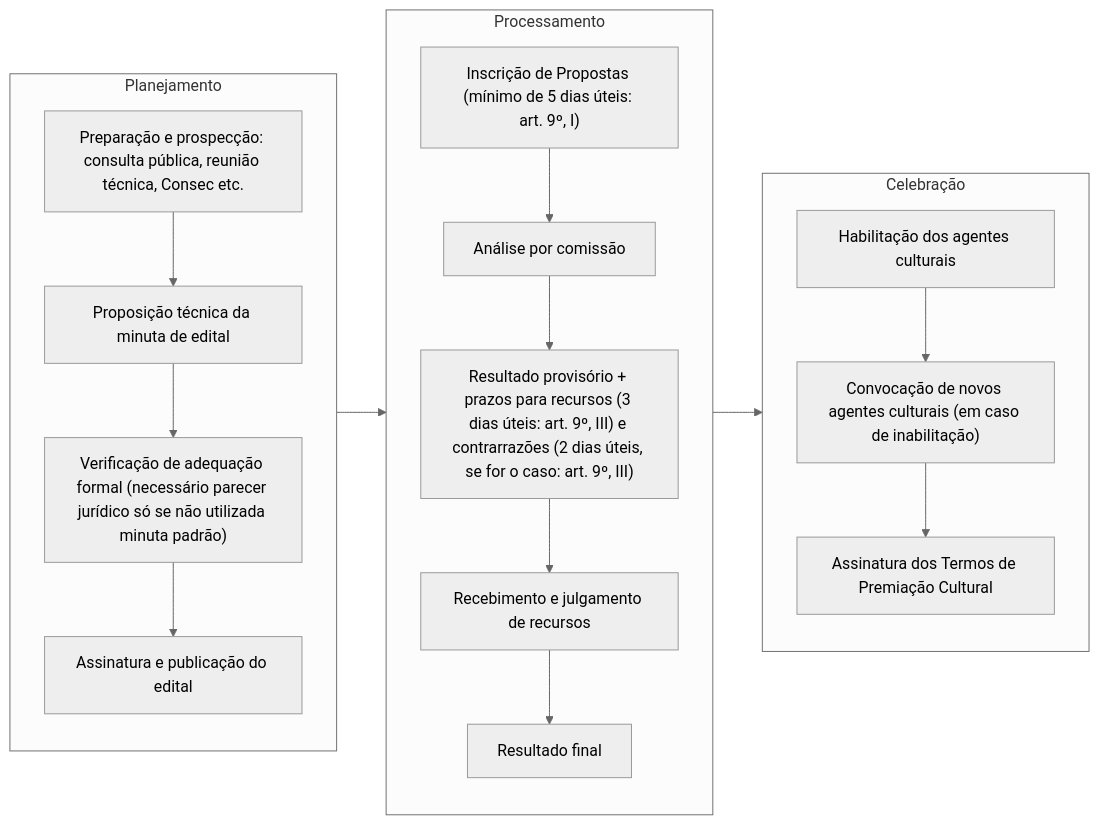
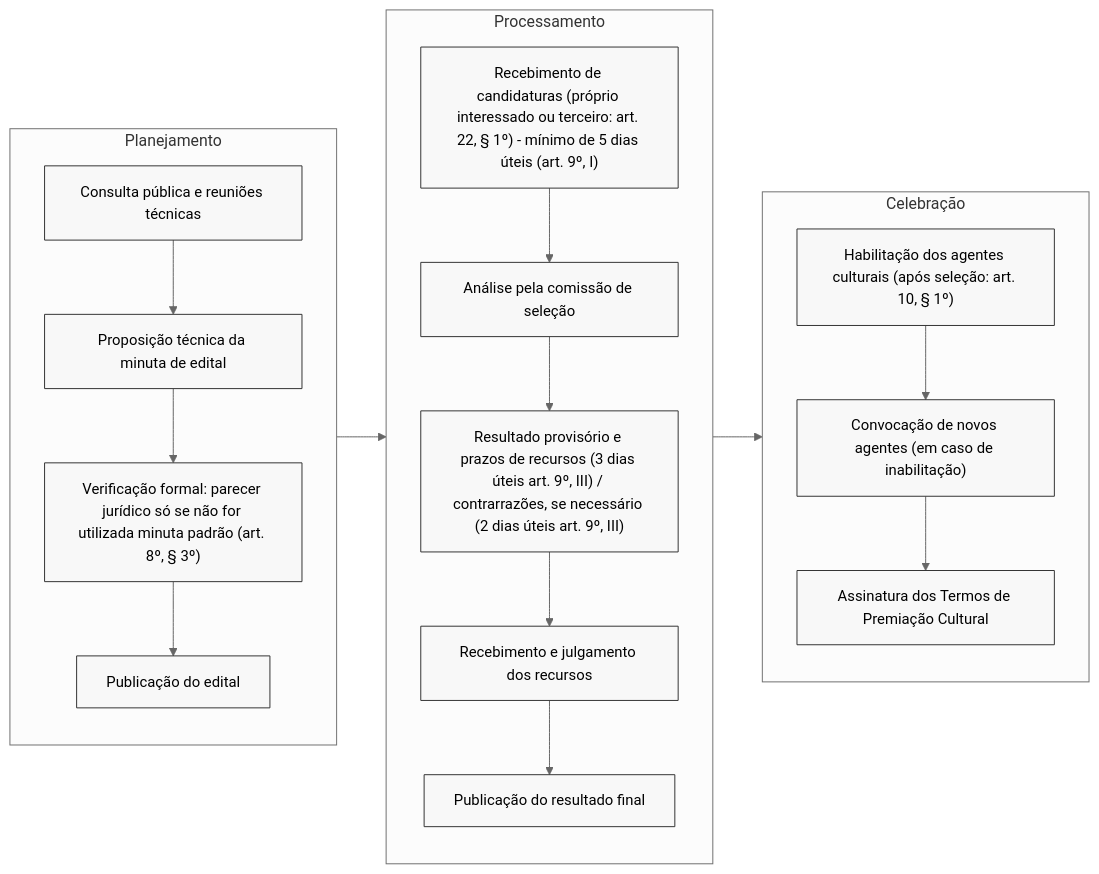
The first of 3 diagrams in docs/parcerias/marco-do-fomento/termo-de-premiacao-cultural.md (iepha-mg/manual.appi), drawn with Mermaid (neutral theme) before and after one commit. The commit also changed other lines of this file, not shown here.

````diff
--- a/docs/parcerias/marco-do-fomento/termo-de-premiacao-cultural.md
+++ b/docs/parcerias/marco-do-fomento/termo-de-premiacao-cultural.md
@@ -56,20 +87,32 @@
-<div class="mermaid">
-flowchart LR
-    subgraph Planejamento
-        A1["Preparação e prospecção: consulta pública, reunião técnica, Consec etc."] --> A2["Proposição técnica da minuta de edital"]
-        A2 --> A3["Verificação de adequação formal (necessário parecer jurídico só se não utilizada minuta padrão)"]
-        A3 --> A4["Assinatura e publicação do edital"]
-    end
-    subgraph Processamento
-        B1["Inscrição de Propostas (mínimo de 5 dias úteis: art. 9º, I)"] --> B2["Análise por comissão"]
-        B2 --> B3["Resultado provisório + prazos para recursos (3 dias úteis: art. 9º, III) e contrarrazões (2 dias úteis, se for o caso: art. 9º, III)"]
-        B3 --> B4["Recebimento e julgamento de recursos"]
-        B4 --> B5["Resultado final"]
-    end
-    subgraph Celebração
-        C1["Habilitação dos agentes culturais"] --> C2["Convocação de novos agentes culturais (em caso de inabilitação)"]
-        C2 --> C3["Assinatura dos Termos de Premiação Cultural"]
-    end
-    Planejamento --> Processamento
-    Processamento --> Celebração
-</div>
+    ```mermaid
+        %%{init: { 'flowchart': { 'htmlLabels': true }, 'maxTextSize': 90000 }}%%
+            flowchart LR
+                subgraph Planejamento
+                    A1["Consulta pública e reuniões técnicas"]
+                    A2["Proposição técnica da minuta de edital"]
+                    A3["Verificação formal: parecer jurídico só se não for utilizada minuta padrão (art. 8º, § 3º)"]
+                    A4["Publicação do edital"]
+
+                    A1 --> A2 --> A3 --> A4
+                end
+                subgraph Processamento
+                    B1["Recebimento de candidaturas (próprio interessado ou terceiro: art. 22, § 1º) - mínimo de 5 dias úteis (art. 9º, I)"]
+                    B2["Análise pela comissão de seleção"]
+                    B3["Resultado provisório e prazos de recursos (3 dias úteis art. 9º, III) / contrarrazões, se necessário (2 dias úteis art. 9º, III)"]
+                    B4["Recebimento e julgamento dos recursos"]
+                    B5["Publicação do resultado final"]
+
+                    B1 --> B2 --> B3 --> B4 --> B5
+                end
+                subgraph Celebração
+                    C1["Habilitação dos agentes culturais (após seleção: art. 10, § 1º)"]
+                    C2["Convocação de novos agentes (em caso de inabilitação)"]
+                    C3["Assinatura dos Termos de Premiação Cultural"]
+
+                    C1 --> C2 --> C3
+                end
+                Planejamento --> Processamento --> Celebração
+
+        classDef default stroke:#333,stroke-width:1px,fill:#f8f8f8,rx:0,ry:6,font-size:15px;
+
+    ```
````
